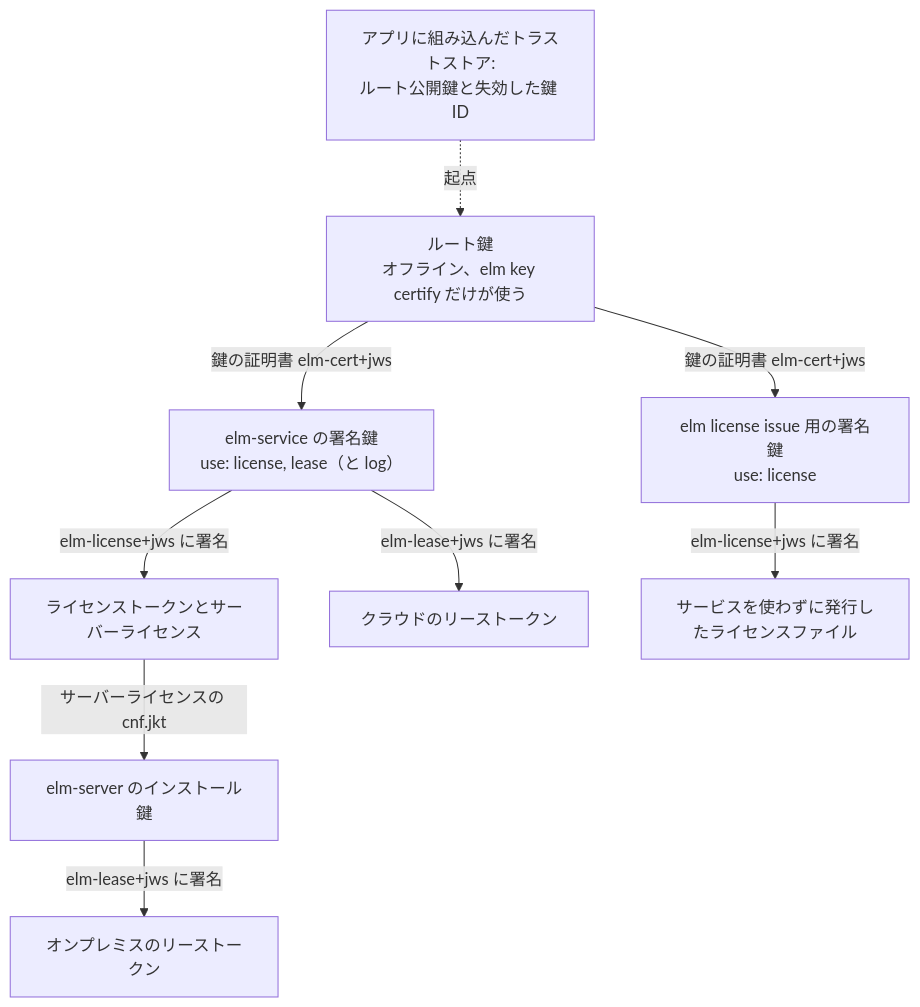
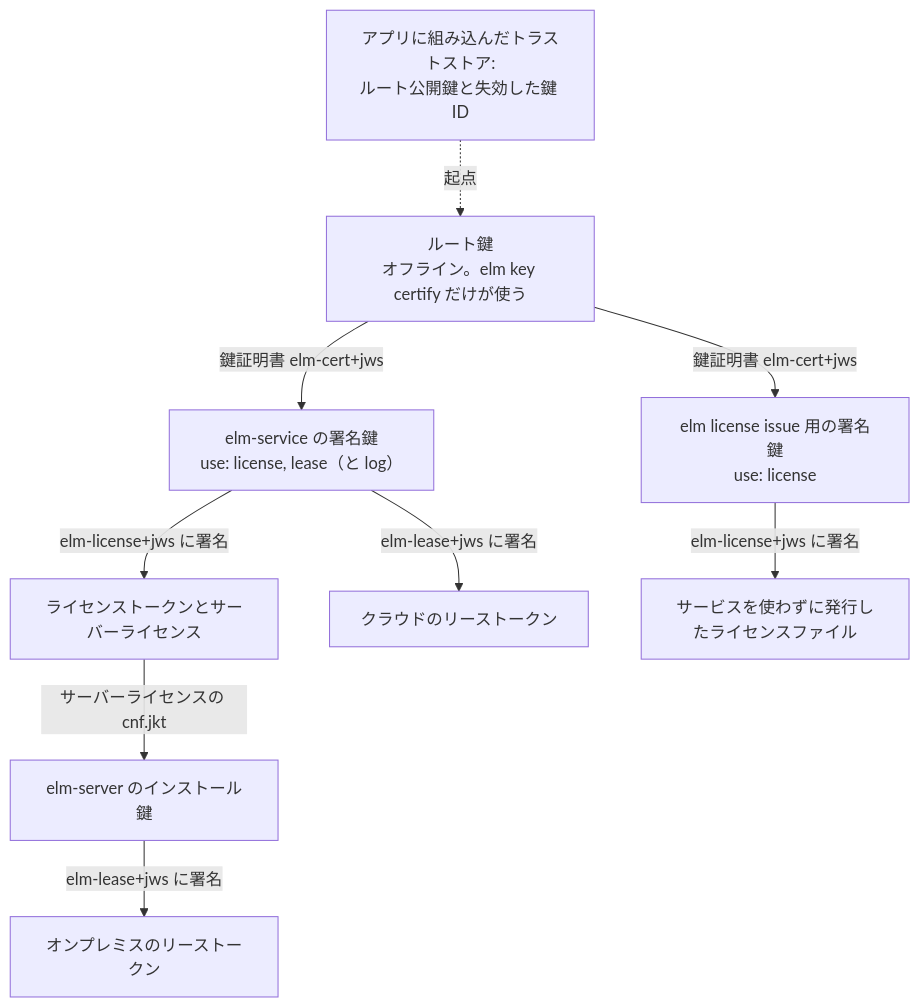
The diagram in docs/guide.ja/explanation/trust-chain.md (YUKIKEDA/ElasticLM), drawn with Mermaid before and after one commit. The commit also changed other lines of this file and 17 other files, not shown here.

````diff
--- a/docs/guide.ja/explanation/trust-chain.md
+++ b/docs/guide.ja/explanation/trust-chain.md
@@ -85,21 +85,21 @@
 ```mermaid
 flowchart TD
     TS["アプリに組み込んだトラストストア:<br/>ルート公開鍵と失効した鍵 ID"]
-    Root["ルート鍵<br/>オフライン、elm key certify だけが使う"]
+    Root["ルート鍵<br/>オフライン。elm key certify だけが使う"]
     SvcKey["elm-service の署名鍵<br/>use: license, lease（と log）"]
     CliKey["elm license issue 用の署名鍵<br/>use: license"]
     Lic["ライセンストークンとサーバーライセンス"]
     CliLic["サービスを使わずに発行したライセンスファイル"]
     Cloud["クラウドのリーストークン"]
     SrvKey["elm-server のインストール鍵"]
     OnPrem["オンプレミスのリーストークン"]
 
     TS -. "起点" .-> Root
-    Root -->|"鍵の証明書 elm-cert+jws"| SvcKey
-    Root -->|"鍵の証明書 elm-cert+jws"| CliKey
+    Root -->|"鍵証明書 elm-cert+jws"| SvcKey
+    Root -->|"鍵証明書 elm-cert+jws"| CliKey
     SvcKey -->|"elm-license+jws に署名"| Lic
     CliKey -->|"elm-license+jws に署名"| CliLic
     SvcKey -->|"elm-lease+jws に署名"| Cloud
     Lic -->|"サーバーライセンスの cnf.jkt"| SrvKey
     SrvKey -->|"elm-lease+jws に署名"| OnPrem
 ```
````
